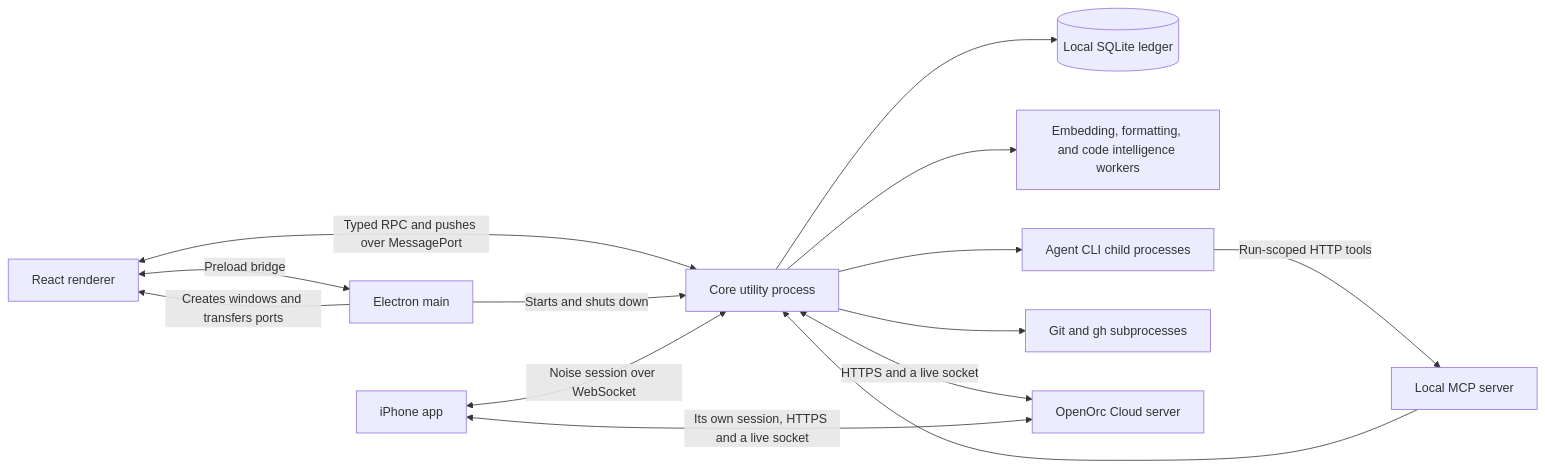
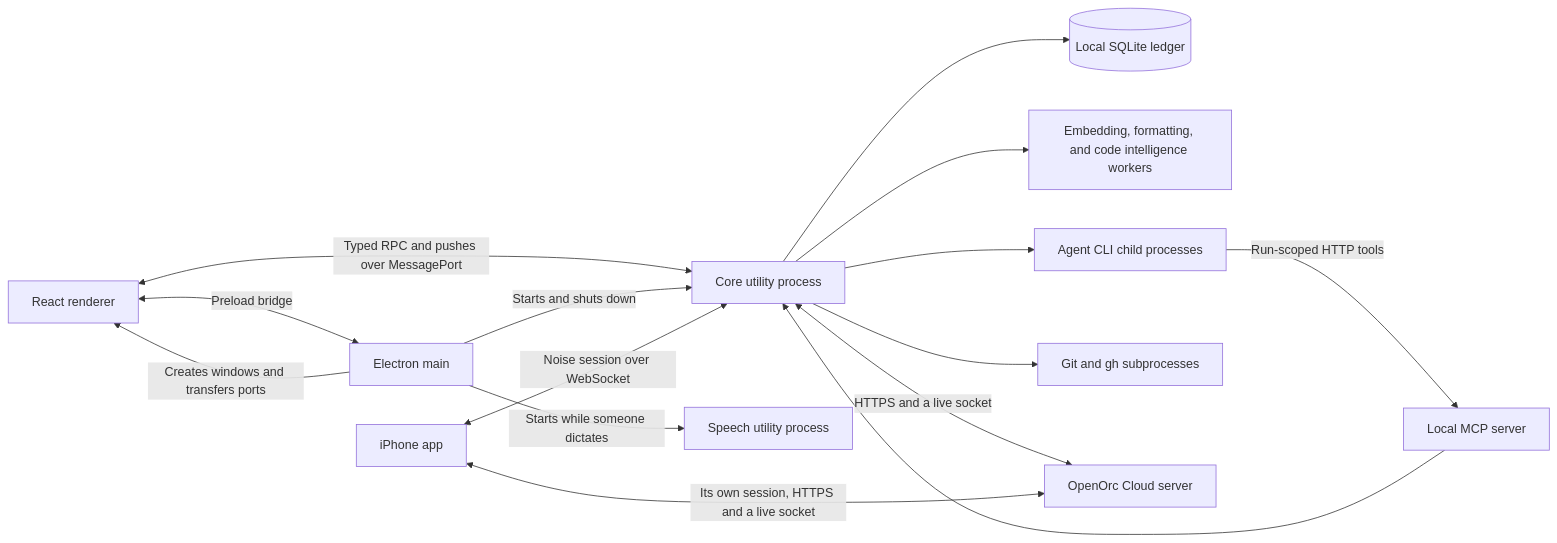
Before and after one commit to davejj1530/openorc: the first of 2 diagrams in ARCHITECTURE.md, drawn with Mermaid. The commit also changed other lines of this file and 1 other file, not shown here.

First line of the commit message:
docs: dictation in the architecture guide and the interface conventions

````diff
--- a/ARCHITECTURE.md
+++ b/ARCHITECTURE.md
@@ -9,16 +9,17 @@
 ```mermaid
 flowchart LR
   UI[React renderer] <-->|Typed RPC and pushes over MessagePort| CORE[Core utility process]
   MAIN[Electron main] -->|Creates windows and transfers ports| UI
   MAIN -->|Starts and shuts down| CORE
+  MAIN -->|Starts while someone dictates| SPEECH[Speech utility process]
   UI <-->|Preload bridge| MAIN
   CORE --> DB[(Local SQLite ledger)]
   CORE --> WORKERS[Embedding, formatting, and code intelligence workers]
   CORE --> AGENT[Agent CLI child processes]
   CORE --> GIT[Git and gh subprocesses]
   AGENT -->|Run-scoped HTTP tools| MCP[Local MCP server]
   MCP --> CORE
   PHONE[iPhone app] <-->|Noise session over WebSocket| CORE
   CORE <-->|HTTPS and a live socket| CLOUD[OpenOrc Cloud server]
   PHONE <-->|Its own session, HTTPS and a live socket| CLOUD
 ```
````
